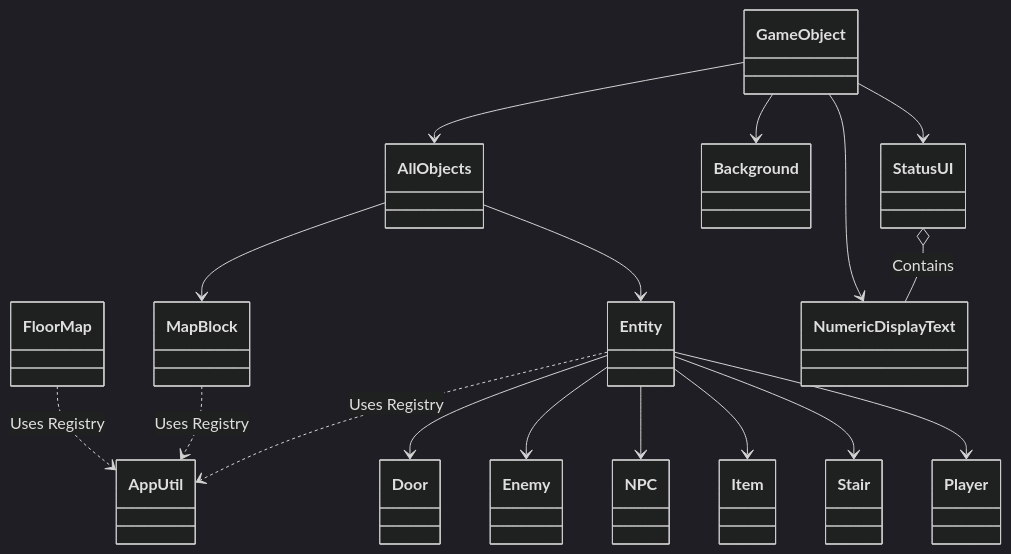
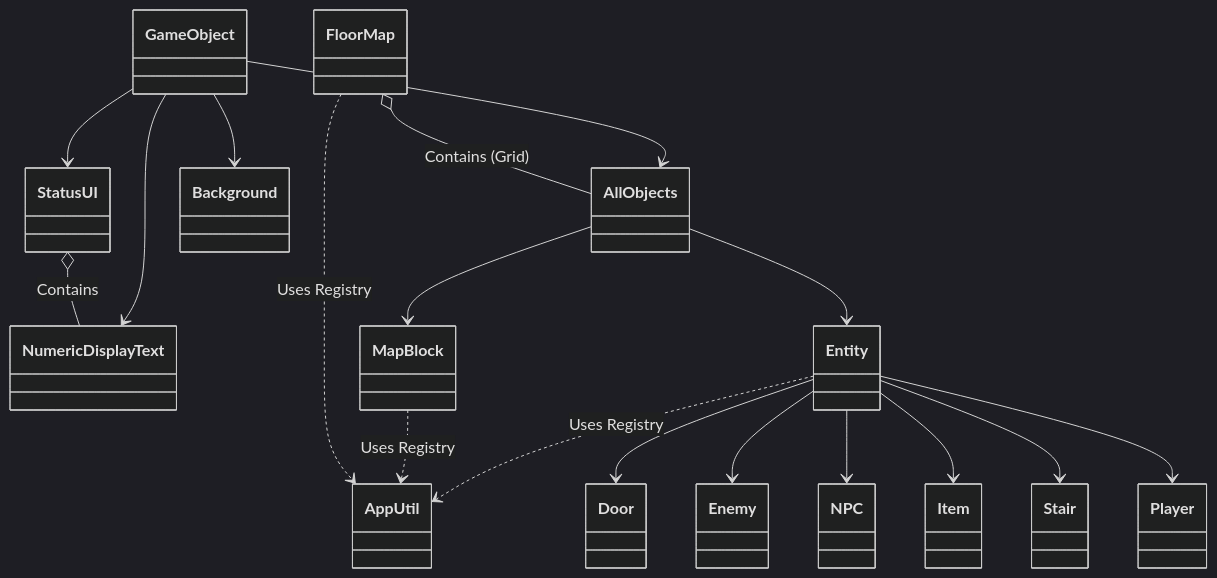
The diagram in Constructure.md (XWJWPIY/schoolwork_recreate_magic_tower), drawn with Mermaid (dark theme) before and after one commit. The commit also changed 4 other files, not shown here.

Commit message:
refactor: 將 MapFloor 屬性名通用化

````diff
--- a/Constructure.md
+++ b/Constructure.md
@@ -3,23 +3,27 @@
 ```mermaid
 classDiagram
+    %% 包含關係 (Containment)
+    FloorMap o-- AllObjects : Contains (Grid)
+    StatusUI o-- NumericDisplayText : Contains
+
+    %% 依賴關係 (Dependency)
     FloorMap ..> AppUtil : Uses Registry
     MapBlock ..> AppUtil : Uses Registry
     Entity ..> AppUtil : Uses Registry
 
+    %% 繼承關係 (Inheritance)
     GameObject --> AllObjects
     GameObject --> Background
     GameObject --> NumericDisplayText
     GameObject --> StatusUI
     
     AllObjects --> MapBlock
     AllObjects --> Entity
     
     Entity --> Door
     Entity --> Enemy
     Entity --> NPC
     Entity --> Item
     Entity --> Stair
     Entity --> Player
-    
-    StatusUI o-- NumericDisplayText : Contains
 ```
````
